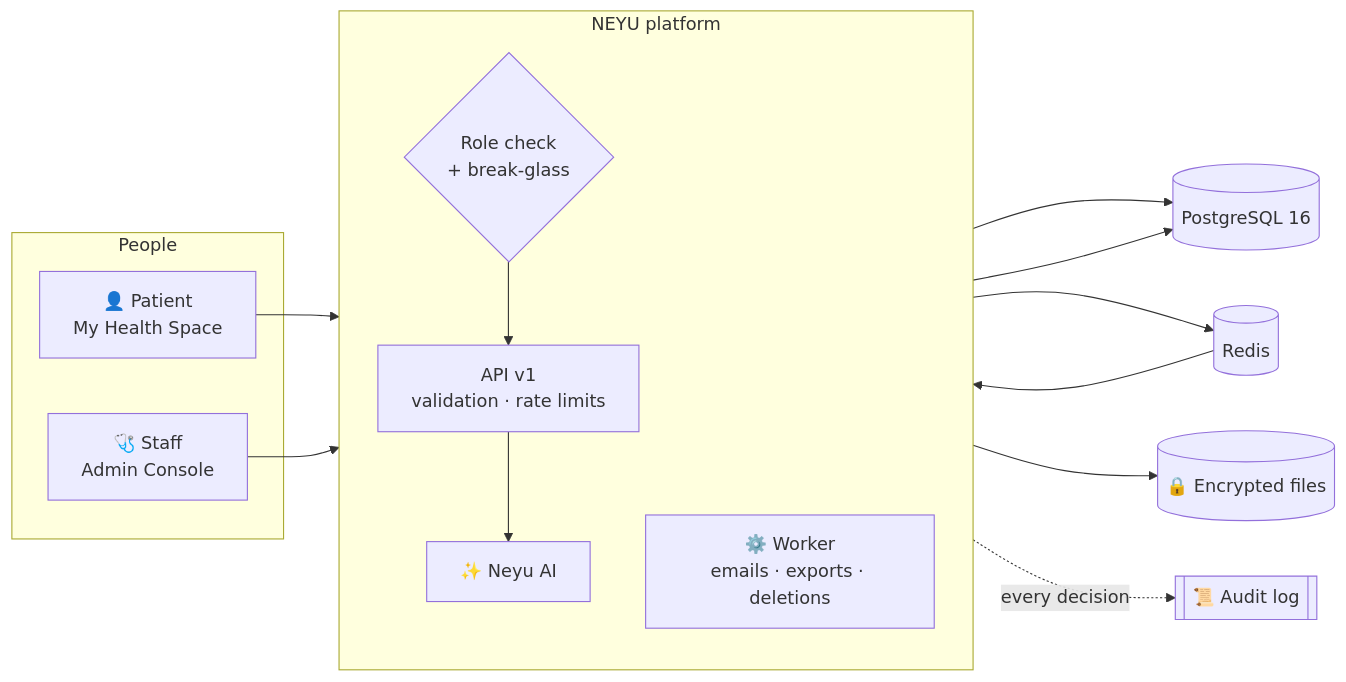
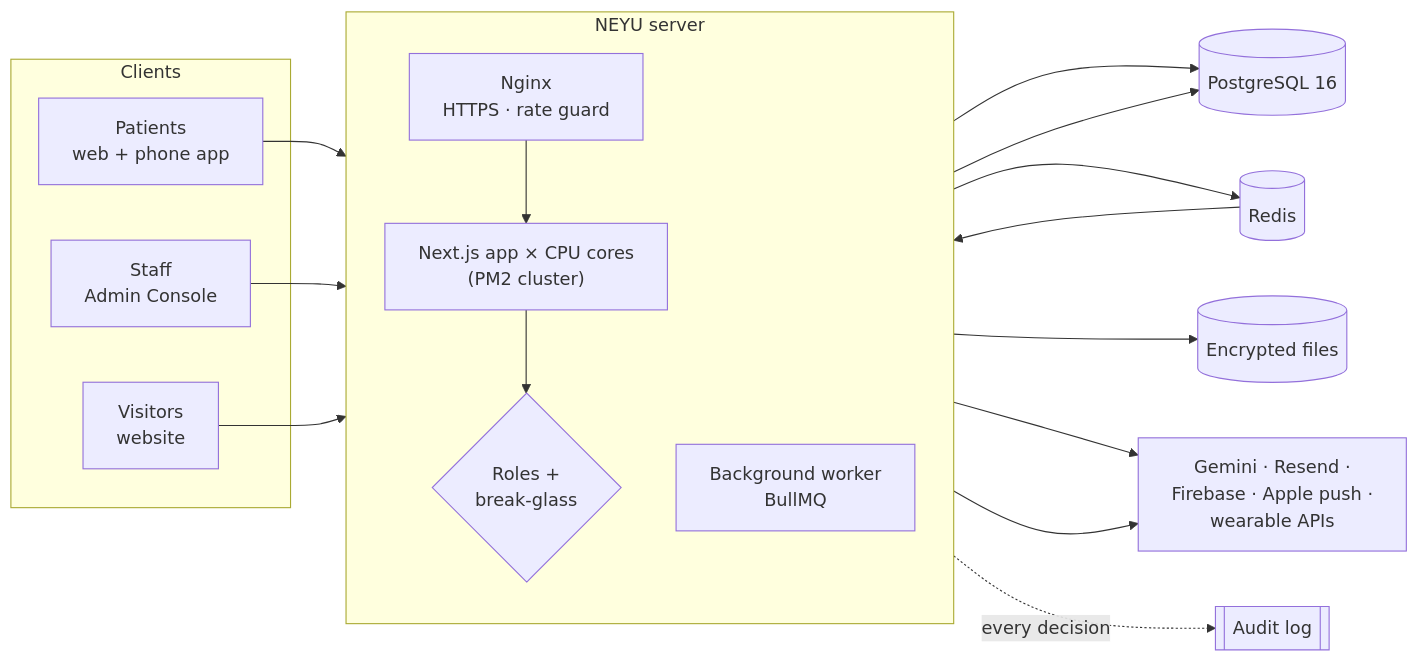
One commit to arshdeepsingh11/Neyu-AI changed the fourth of 11 diagrams in README.md. Above: the diagram before and after it, drawn with Mermaid. The commit also changed other lines of this file and 2 other files, not shown here.

Commit message:
Rewrite README as product documentation with charts

````diff
--- a/README.md
+++ b/README.md
@@ -45,25 +172,28 @@
 ```mermaid
 flowchart LR
-  subgraph People
-    P["👤 Patient<br/>My Health Space"]
-    S["🩺 Staff<br/>Admin Console"]
+  subgraph Clients
+    P["Patients<br/>web + phone app"]
+    S["Staff<br/>Admin Console"]
+    V["Visitors<br/>website"]
   end
-  subgraph NEYU["NEYU platform"]
+  subgraph Server["NEYU server"]
     direction TB
-    API["API v1<br/>validation · rate limits"]
-    RBAC{"Role check<br/>+ break-glass"}
-    AI["✨ Neyu AI"]
-    W["⚙️ Worker<br/>emails · exports · deletions"]
+    NG["Nginx<br/>HTTPS · rate guard"]
+    APP["Next.js app × CPU cores<br/>(PM2 cluster)"]
+    RBAC{"Roles +<br/>break-glass"}
+    W["Background worker<br/>BullMQ"]
   end
   DB[("PostgreSQL 16")]
   R[("Redis")]
-  F[("🔒 Encrypted files")]
-  P --> API
-  S --> RBAC --> API
-  API --> DB
-  API --> AI
-  API --> R --> W
+  F[("Encrypted files")]
+  EXT["Gemini · Resend ·<br/>Firebase · Apple push ·<br/>wearable APIs"]
+  P & S & V --> NG --> APP
+  APP --> RBAC --> DB
+  APP --> R
+  R --> W
+  W --> DB
   W --> F
-  W --> DB
-  RBAC -. every decision .-> L[["📜 Audit log"]]
+  APP --> EXT
+  W --> EXT
+  RBAC -. every decision .-> AUD[["Audit log"]]
 ```
````
